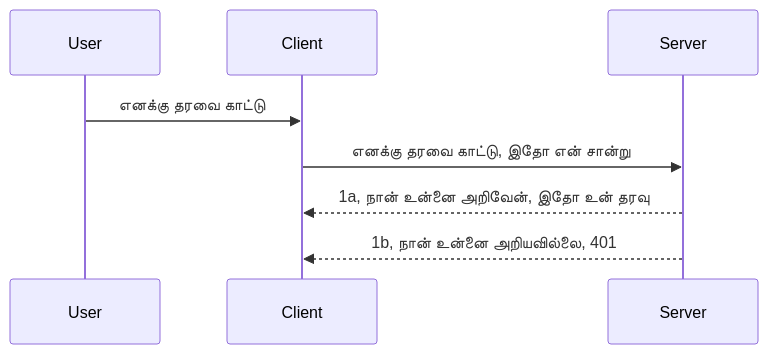
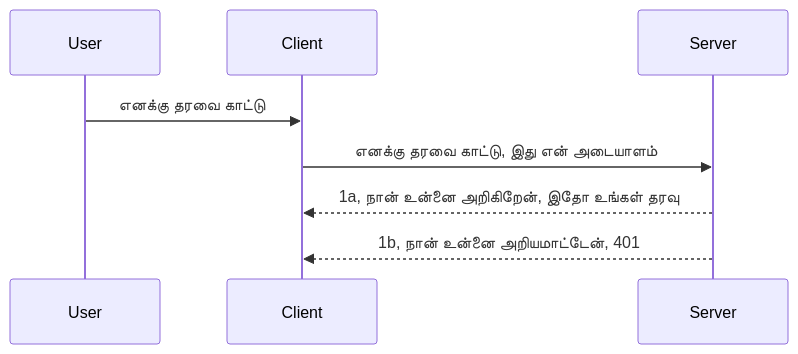
One commit to microsoft/mcp-for-beginners changed the diagram in translations/ta/03-GettingStarted/11-simple-auth/README.md. Above: the diagram before and after it, drawn with Mermaid. The commit also changed other lines of this file and 44 other files, not shown here.

````diff
--- a/translations/ta/03-GettingStarted/11-simple-auth/README.md
+++ b/translations/ta/03-GettingStarted/11-simple-auth/README.md
@@ -24,11 +24,11 @@
 ```mermaid
 sequenceDiagram
    participant User
    participant Client
    participant Server
 
    User->>Client: எனக்கு தரவை காட்டு
-   Client->>Server: எனக்கு தரவை காட்டு, இதோ என் சான்று
-   Server-->>Client: 1a, நான் உன்னை அறிவேன், இதோ உன் தரவு
-   Server-->>Client: 1b, நான் உன்னை அறியவில்லை, 401 
+   Client->>Server: எனக்கு தரவை காட்டு, இது என் அடையாளம்
+   Server-->>Client: 1a, நான் உன்னை அறிகிறேன், இதோ உங்கள் தரவு
+   Server-->>Client: 1b, நான் உன்னை அறியமாட்டேன், 401
 ```
````
